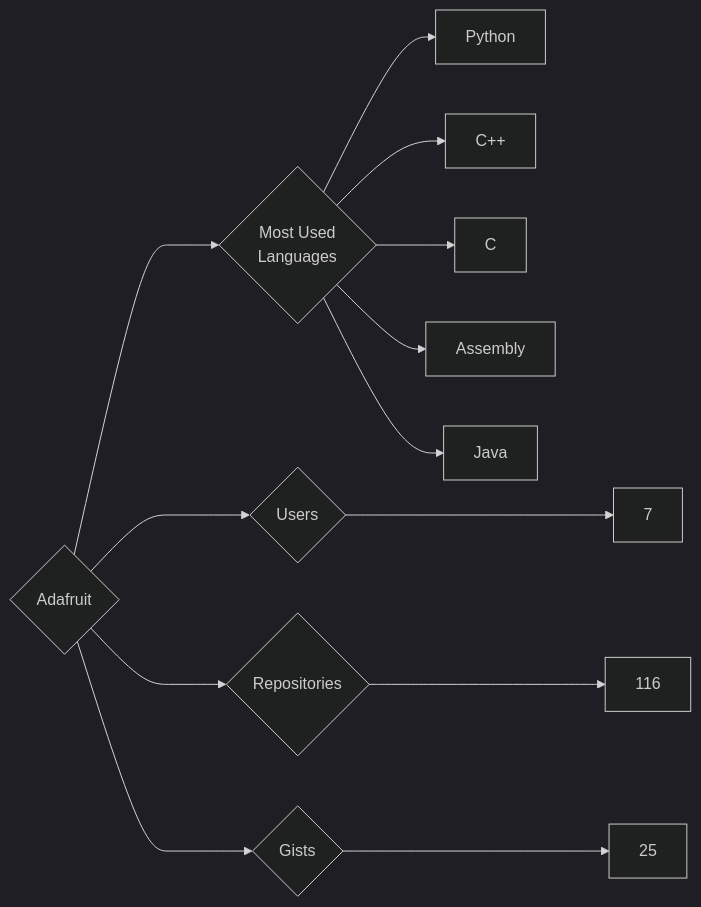
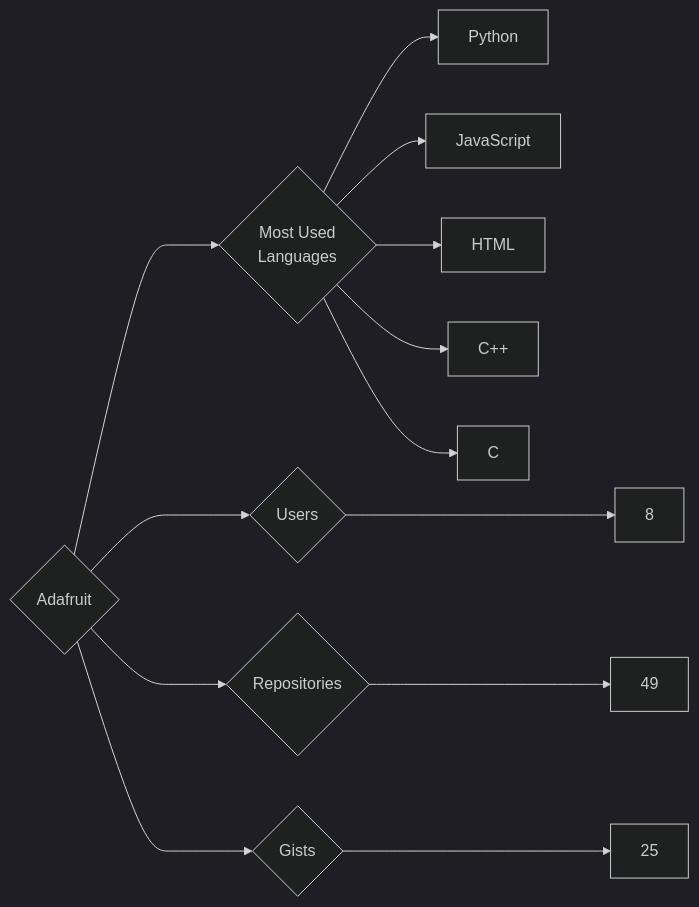
Before and after one commit to trickest/insiders: the diagram in targets/Adafruit/README.md, drawn with Mermaid (dark theme). The commit also changed 1003 other files, not shown here.

````diff
--- a/targets/Adafruit/README.md
+++ b/targets/Adafruit/README.md
@@ -3,13 +3,13 @@
 ```mermaid
 graph LR
 COMPANY_NAME{Adafruit}
-COMPANY_NAME ---> U{Users} ---> UN[7]
-COMPANY_NAME ---> R{Repositories} ---> RN[116]
+COMPANY_NAME ---> U{Users} ---> UN[8]
+COMPANY_NAME ---> R{Repositories} ---> RN[49]
 COMPANY_NAME ---> G{Gists} ---> GN[25]
 COMPANY_NAME ---> ML{Most Used<br>Languages}
 ML --> Python[Python]
+ML --> JavaScript[JavaScript]
+ML --> HTML[HTML]
 ML --> C++[C++]
 ML --> C[C]
-ML --> Assembly[Assembly]
-ML --> Java[Java]
 ```
````
